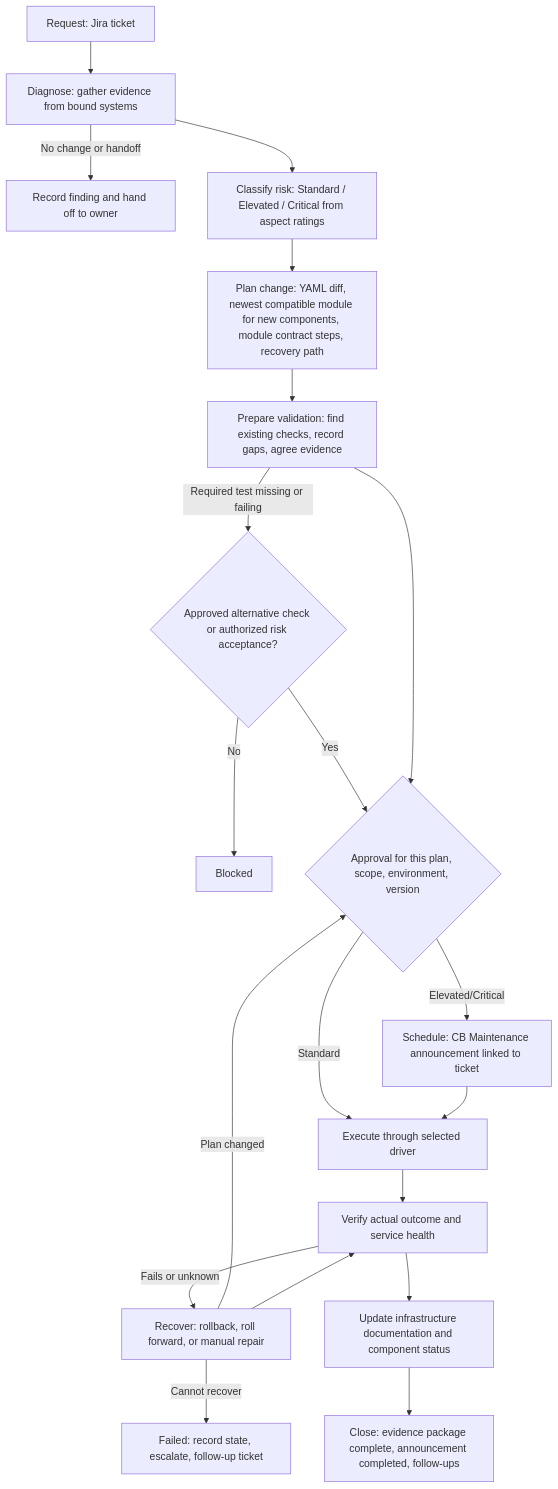
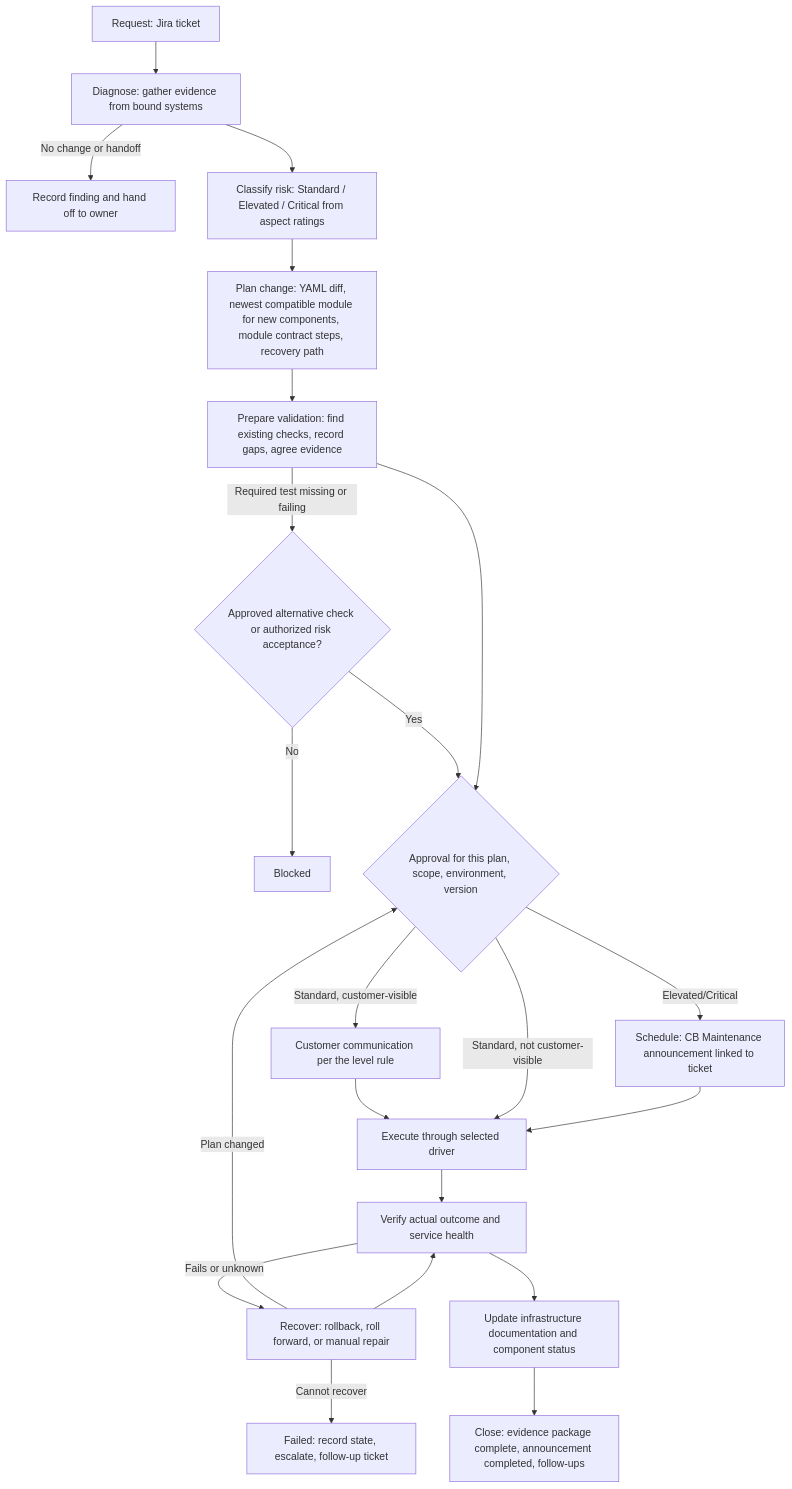
Before and after one commit to dasmeta/boilerplate-infrastructure: the diagram in docs/plans/DMVP-10650-delivery-platform-planning.md, drawn with Mermaid. The commit also changed other lines of this file, not shown here.

````diff
--- a/docs/plans/DMVP-10650-delivery-platform-planning.md
+++ b/docs/plans/DMVP-10650-delivery-platform-planning.md
@@ -205,22 +208,24 @@
 ```mermaid
 flowchart TD
   A[Request: Jira ticket] --> B[Diagnose: gather evidence from bound systems]
   B -->|No change or handoff| Z1[Record finding and hand off to owner]
   B --> C[Classify risk: Standard / Elevated / Critical from aspect ratings]
   C --> D[Plan change: YAML diff, newest compatible module for new components, module contract steps, recovery path]
   D --> E[Prepare validation: find existing checks, record gaps, agree evidence]
   E -->|Required test missing or failing| E2{Approved alternative check or authorized risk acceptance?}
   E2 -->|No| X[Blocked]
   E2 -->|Yes| F
   E --> F{Approval for this plan, scope, environment, version}
   F -->|Elevated/Critical| G[Schedule: CB Maintenance announcement linked to ticket]
-  F -->|Standard| H
+  F -->|Standard, customer-visible| G2[Customer communication per the level rule]
+  G2 --> H
+  F -->|Standard, not customer-visible| H
   G --> H[Execute through selected driver]
   H --> I[Verify actual outcome and service health]
   I -->|Fails or unknown| R[Recover: rollback, roll forward, or manual repair]
   R -->|Plan changed| F
   R --> I
   R -->|Cannot recover| FL[Failed: record state, escalate, follow-up ticket]
   I --> J[Update infrastructure documentation and component status]
   J --> K[Close: evidence package complete, announcement completed, follow-ups]
 ```
````
